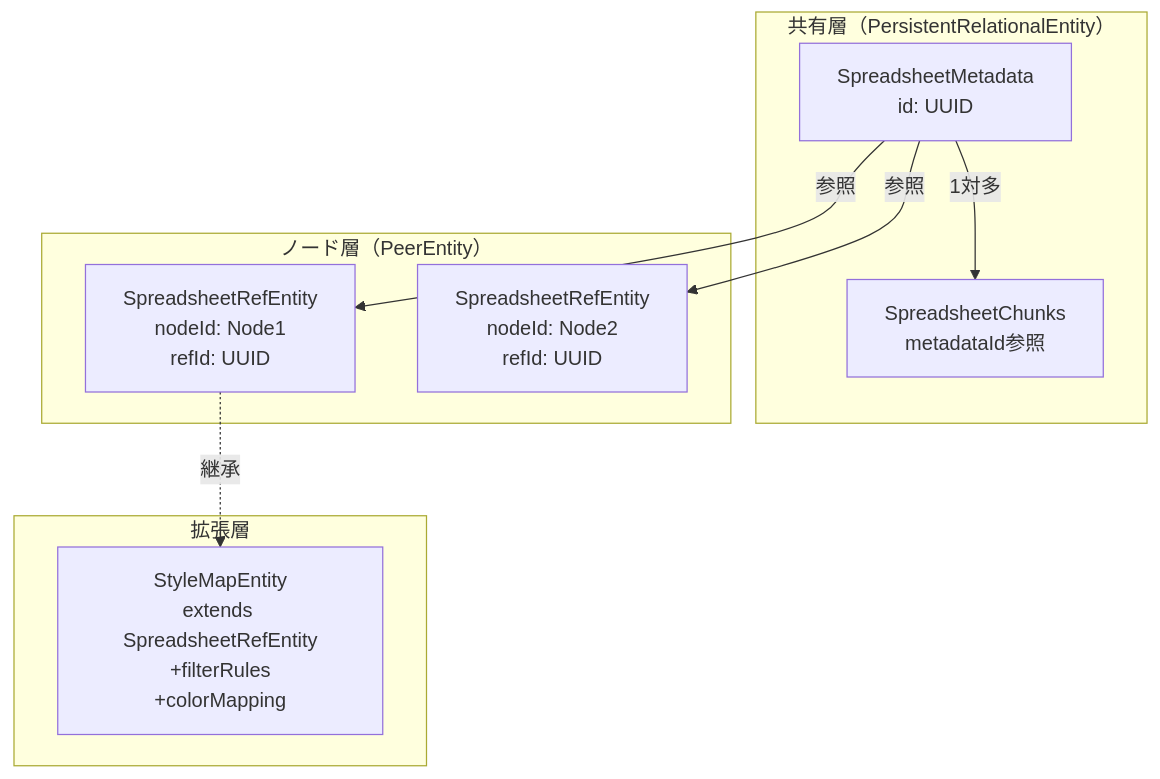
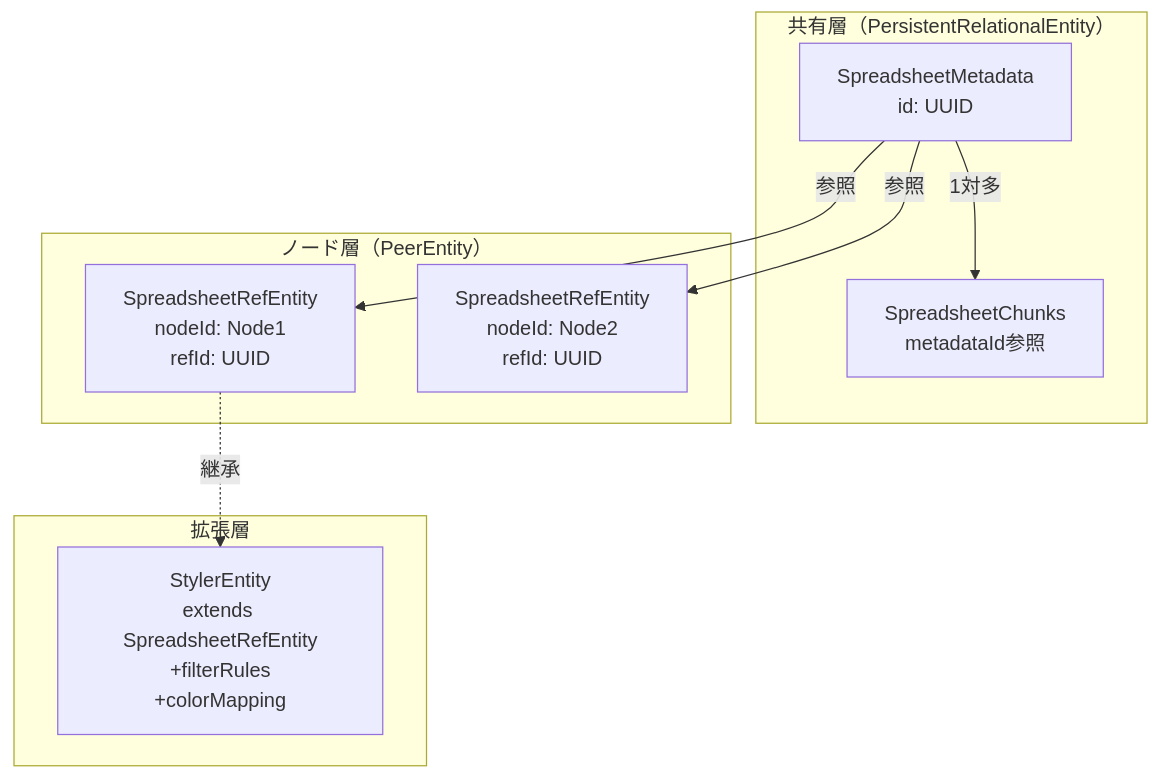
One commit to kubohiroya/hierarchidb changed the diagram in docs/deprecated/REPORT/spreadsheet/database-structure.md. Above: the diagram before and after it, drawn with Mermaid. The commit also changed other lines of this file and 267 other files, not shown here.

````diff
--- a/docs/deprecated/REPORT/spreadsheet/database-structure.md
+++ b/docs/deprecated/REPORT/spreadsheet/database-structure.md
@@ -191,21 +191,21 @@
 ```mermaid
 graph TD
     subgraph "共有層（PersistentRelationalEntity）"
         SM[SpreadsheetMetadata<br/>id: UUID]
         SC[SpreadsheetChunks<br/>metadataId参照]
     end
     
     subgraph "ノード層（PeerEntity）"
         SR1[SpreadsheetRefEntity<br/>nodeId: Node1<br/>refId: UUID]
         SR2[SpreadsheetRefEntity<br/>nodeId: Node2<br/>refId: UUID]
     end
     
     subgraph "拡張層"
-        ST1[StyleMapEntity<br/>extends SpreadsheetRefEntity<br/>+filterRules<br/>+colorMapping]
+        ST1[StylerEntity<br/>extends SpreadsheetRefEntity<br/>+filterRules<br/>+colorMapping]
     end
     
     SM -->|1対多| SC
     SM -->|参照| SR1
     SM -->|参照| SR2
     SR1 -.->|継承| ST1
 ```
````
